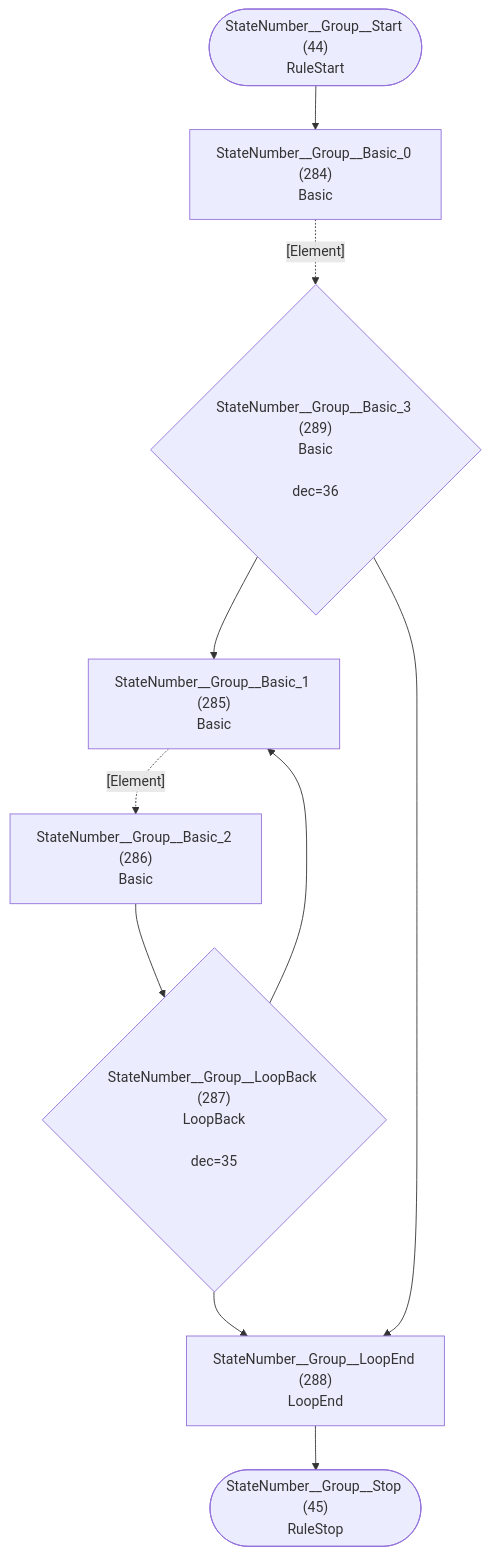
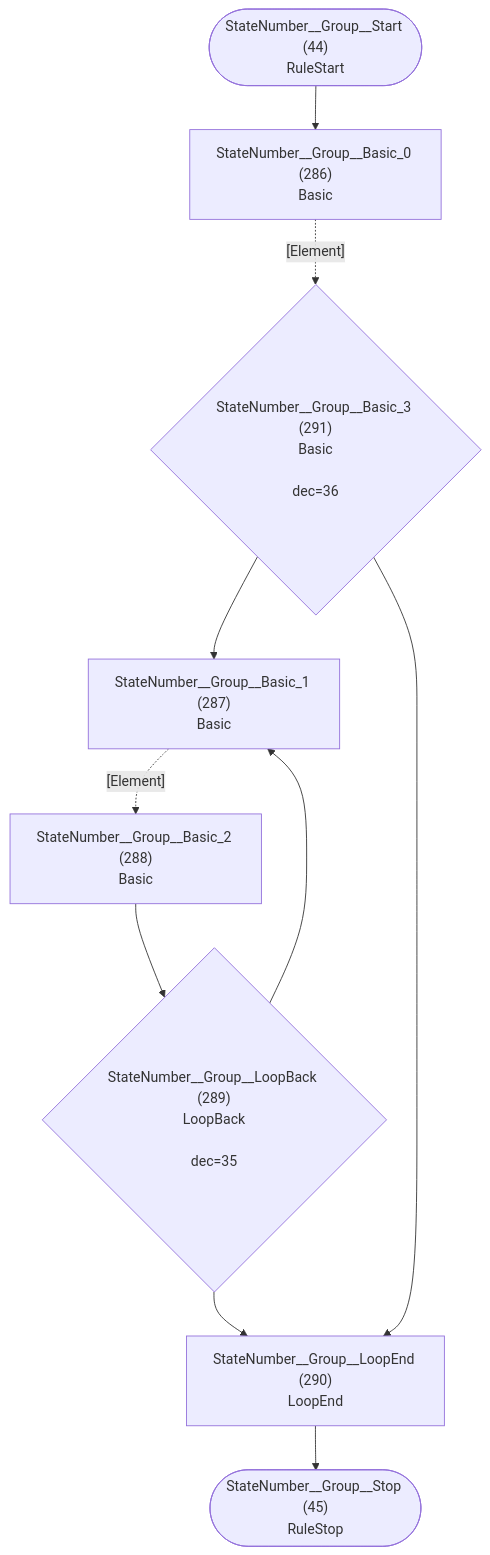
Diagram 23 of 36 in internal/grammar/atn.md (TypeFox/fastbelt), drawn with Mermaid before and after one commit. The commit also changed other lines of this file and 11 other files, not shown here.

````diff
--- a/internal/grammar/atn.md
+++ b/internal/grammar/atn.md
@@ -695,21 +699,21 @@
 ```mermaid
 flowchart TD
     q44(["StateNumber__Group__Start (44)<br/>RuleStart"])
     q45(["StateNumber__Group__Stop (45)<br/>RuleStop"])
-    q284["StateNumber__Group__Basic_0 (284)<br/>Basic<br/>"]
-    q285["StateNumber__Group__Basic_1 (285)<br/>Basic<br/>"]
-    q286["StateNumber__Group__Basic_2 (286)<br/>Basic<br/>"]
-    q287{"StateNumber__Group__LoopBack (287)<br/>LoopBack<br/><br/>dec=35"}
-    q288["StateNumber__Group__LoopEnd (288)<br/>LoopEnd<br/>"]
-    q289{"StateNumber__Group__Basic_3 (289)<br/>Basic<br/><br/>dec=36"}
+    q286["StateNumber__Group__Basic_0 (286)<br/>Basic<br/>"]
+    q287["StateNumber__Group__Basic_1 (287)<br/>Basic<br/>"]
+    q288["StateNumber__Group__Basic_2 (288)<br/>Basic<br/>"]
+    q289{"StateNumber__Group__LoopBack (289)<br/>LoopBack<br/><br/>dec=35"}
+    q290["StateNumber__Group__LoopEnd (290)<br/>LoopEnd<br/>"]
+    q291{"StateNumber__Group__Basic_3 (291)<br/>Basic<br/><br/>dec=36"}
 
-    q44 --> q284
-    q284 -.->|"[Element]"| q289
-    q285 -.->|"[Element]"| q286
-    q286 --> q287
-    q287 --> q285
-    q287 --> q288
-    q288 --> q45
-    q289 --> q285
-    q289 --> q288
+    q44 --> q286
+    q286 -.->|"[Element]"| q291
+    q287 -.->|"[Element]"| q288
+    q288 --> q289
+    q289 --> q287
+    q289 --> q290
+    q290 --> q45
+    q291 --> q287
+    q291 --> q290
 ```
````
